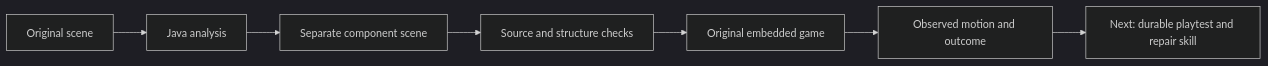
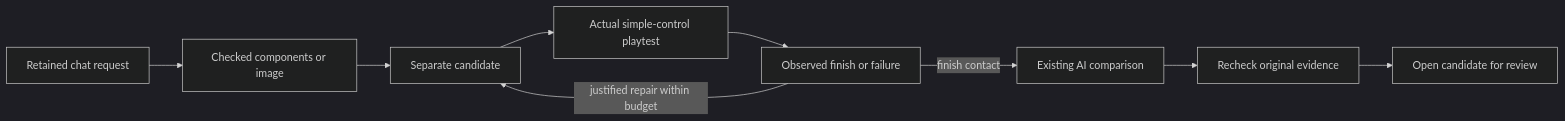
The diagram in README.md (eyeoverthink/Fraynix-Agent-Workspace), drawn with Mermaid (dark theme) before and after one commit. The commit also changed other lines of this file and 227 other files, not shown here.

Commit message:
Document edition 115 durable chat, repairs and reference reconstruction with actual evidence

````diff
--- a/README.md
+++ b/README.md
@@ -70,9 +34,11 @@
 ```mermaid
 flowchart LR
-  Source[Original scene] --> Analyze[Java analysis]
-  Analyze --> Candidate[Separate component scene]
-  Candidate --> Checks[Source and structure checks]
-  Checks --> Runtime[Original embedded game]
-  Runtime --> Evidence[Observed motion and outcome]
-  Evidence --> Skill[Next: durable playtest and repair skill]
+  Request[Retained chat request] --> Source[Checked components or image]
+  Source --> Build[Separate candidate]
+  Build --> Trial[Actual simple-control playtest]
+  Trial --> Inspect[Observed finish or failure]
+  Inspect -->|justified repair within budget| Build
+  Inspect -->|finish contact| Compare[Existing AI comparison]
+  Compare --> Verify[Recheck original evidence]
+  Verify --> Review[Open candidate for review]
 ```
````
